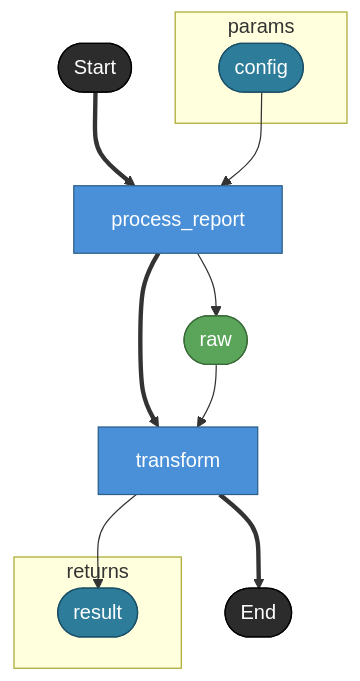
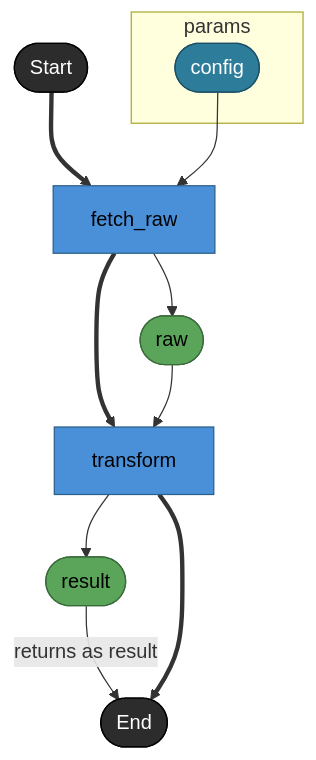
Before and after one commit to hiroshiasayadev-prog/brewprint: the first of 6 diagrams in docs/spec/views/dag.md, drawn with Mermaid. The commit also changed other lines of this file and 1 other file, not shown here.

````diff
--- a/docs/spec/views/dag.md
+++ b/docs/spec/views/dag.md
@@ -384,26 +460,24 @@
 ```mermaid
 flowchart TD
   subgraph params
     config([config])
   end
-  subgraph returns
-    result([result])
-  end
 
-  _start([Start]) ==> process_report
-  config --> process_report[process_report]
-  process_report --> raw([raw])
-  process_report ==> transform
+  _start([Start]) ==> fetch_raw
+  config --> fetch_raw[fetch_raw]
+  fetch_raw --> raw([raw])
+  fetch_raw ==> transform
   raw --> transform[transform]
-  transform --> result
-  transform ==> _end([End])
+  transform --> result([result])
+  result -- "returns as result" --> _end([End])
+  transform ==> _end
 
-  classDef taskNode     fill:#4A90D9,stroke:#2C5F8A,color:#fff
-  classDef assetNode    fill:#5BA55B,stroke:#3A6B3A,color:#fff
-  classDef terminalNode fill:#2C2C2C,stroke:#000,color:#fff
-  classDef boundaryNode fill:#2D7D9A,stroke:#1A5068,color:#fff
-  class process_report,transform taskNode
-  class raw assetNode
+  classDef taskNode      fill:#4A90D9,stroke:#2C5F8A,color:#000
+  classDef assetNode     fill:#5BA55B,stroke:#3A6B3A,color:#000
+  classDef terminalNode  fill:#2C2C2C,stroke:#000,color:#fff
+  classDef boundaryNode  fill:#2D7D9A,stroke:#1A5068,color:#fff
+  class fetch_raw,transform taskNode
+  class raw,result assetNode
   class _start,_end terminalNode
-  class config,result boundaryNode
+  class config boundaryNode
 ```
````
